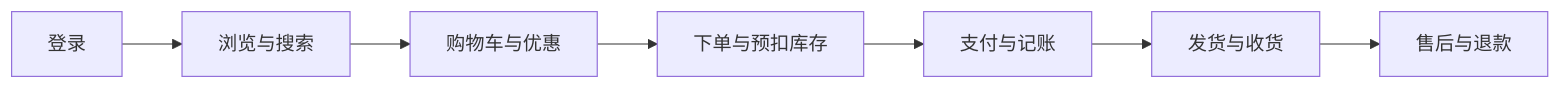
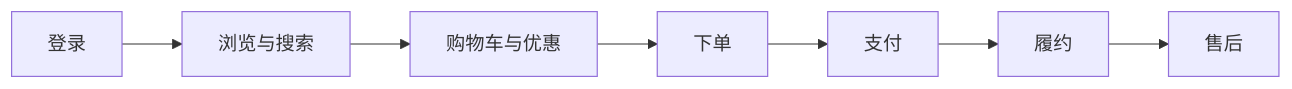
Before and after one commit to RedInn7/gomall: the first of 4 diagrams in docs/lecture/00-overview.md, drawn with Mermaid. The commit also changed other lines of this file and 3 other files, not shown here.

````diff
--- a/docs/lecture/00-overview.md
+++ b/docs/lecture/00-overview.md
@@ -33,9 +41,9 @@
 ```mermaid
 flowchart LR
     login["登录"] --> browse["浏览与搜索"]
     browse --> cart["购物车与优惠"]
-    cart --> order["下单与预扣库存"]
-    order --> pay["支付与记账"]
-    pay --> ship["发货与收货"]
-    ship --> refund["售后与退款"]
+    cart --> order["下单"]
+    order --> pay["支付"]
+    pay --> ship["履约"]
+    ship --> refund["售后"]
 ```
````
